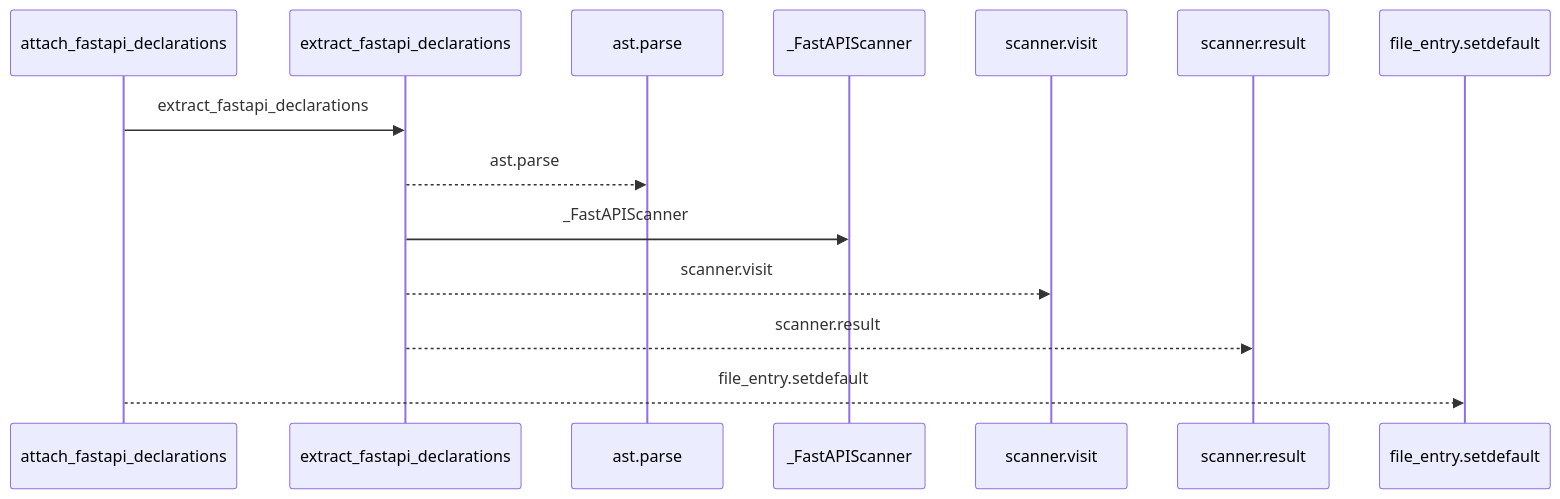
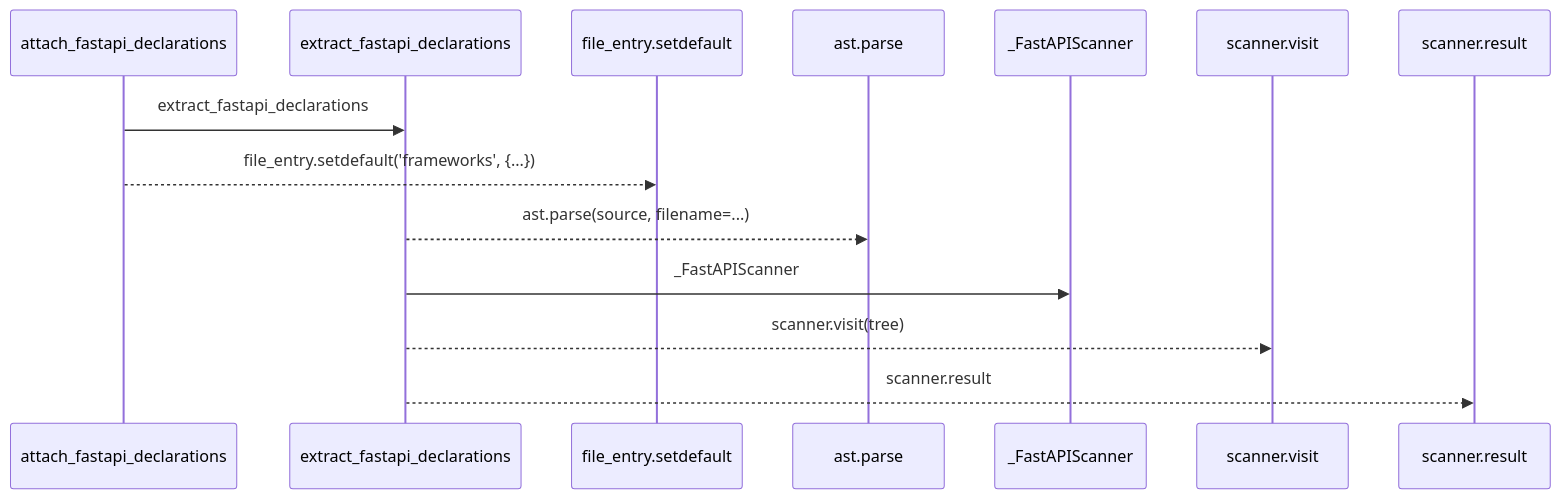
Before and after one commit to Denissvgn/python-wiki-llm: the first of 2 diagrams in docs/llm_wiki/flows/api-attach_fastapi_declarations.md, drawn with Mermaid. The commit also changed other lines of this file and 1410 other files, not shown here.

````diff
--- a/docs/llm_wiki/flows/api-attach_fastapi_declarations.md
+++ b/docs/llm_wiki/flows/api-attach_fastapi_declarations.md
@@ -10,16 +12,16 @@
 ```mermaid
 sequenceDiagram
     participant p0 as attach_fastapi_declarations
     participant p1 as extract_fastapi_declarations
-    participant p2 as ast.parse
-    participant p3 as _FastAPIScanner
-    participant p4 as scanner.visit
-    participant p5 as scanner.result
-    participant p6 as file_entry.setdefault
+    participant p2 as file_entry.setdefault
+    participant p3 as ast.parse
+    participant p4 as _FastAPIScanner
+    participant p5 as scanner.visit
+    participant p6 as scanner.result
     p0->>p1: extract_fastapi_declarations
-    p1-->>p2: ast.parse
-    p1->>p3: _FastAPIScanner
-    p1-->>p4: scanner.visit
-    p1-->>p5: scanner.result
-    p0-->>p6: file_entry.setdefault
+    p0-->>p2: file_entry.setdefault('frameworks', {...})
+    p1-->>p3: ast.parse(source, filename=...)
+    p1->>p4: _FastAPIScanner
+    p1-->>p5: scanner.visit(tree)
+    p1-->>p6: scanner.result
 ```
````
